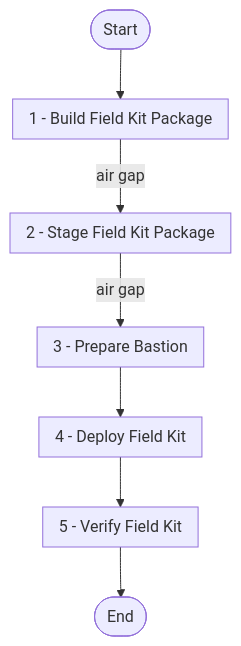
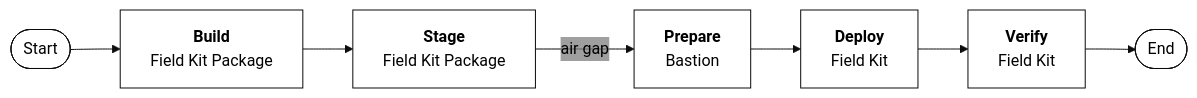
The diagram in workflow/diagram-process.md (ppremru/LaunchFieldKitAdoption), drawn with Mermaid before and after one commit. The commit also changed other lines of this file and 17 other files, not shown here.

Commit message:
Sweep of updates to diagrams (#36)

````diff
--- a/workflow/diagram-process.md
+++ b/workflow/diagram-process.md
@@ -3,16 +3,27 @@
 ```mermaid
-flowchart TB
-    Title([Start])
-        subgraph Build[1 - Build Field Kit Package]
-        end
-        subgraph Deliver[2 - Stage Field Kit Package]
-        end
-        subgraph Prep[3 - Prepare Bastion]
-        end
-        subgraph Deploy[4 - Deploy Field Kit]
-        end
-        subgraph FieldKit[5 - Verify Field Kit]
-        end
+---
+config:
+  theme: 'base'
+  themeVariables:
+    primaryColor: '#FFFFFFFF'
+    primaryTextColor: '#000000'
+    primaryBorderColor: '#0c0909ff'
+    clusterBkg: '#80808080'
+    lineColor: '#0e0d0dff'
+    secondaryColor: '#80808080'
+---
+flowchart LR
+  Title([Start])
+  Build["`**Build** 
+    Field Kit Package`"]
+  Deliver["`**Stage** 
+    Field Kit Package`"]
+  Prep["`**Prepare** 
+    Bastion`"]
+  Deploy["`**Deploy** 
+    Field Kit`"]
+  FieldKit["`**Verify** 
+    Field Kit`"]
   Foot([End])
-        Title --> Build -- air gap --> Deliver -- air gap --> Prep --> Deploy --> FieldKit --> Foot
+  Title --> Build  --> Deliver -- air gap --> Prep --> Deploy --> FieldKit --> Foot
 ```
````
